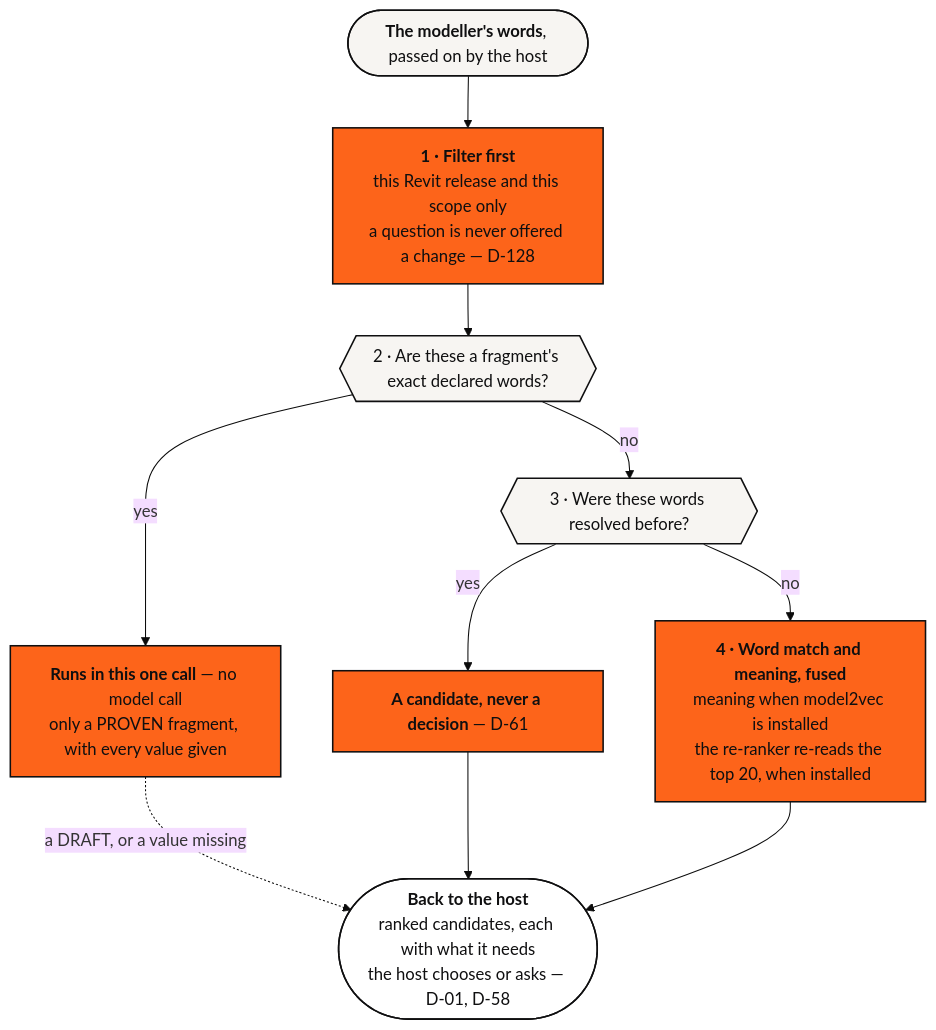
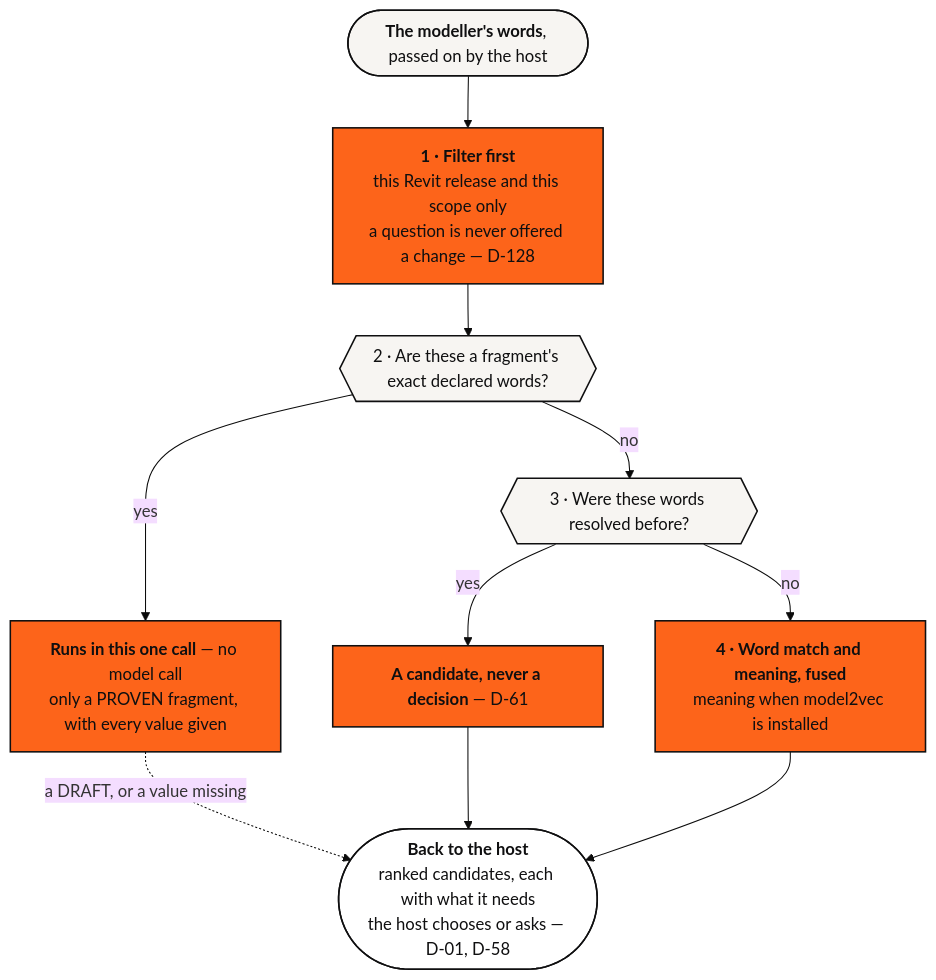
One commit to Ajmalpshaik/Heron-AI changed the second of 2 diagrams in docs/19-context-and-cost.md. Above: the diagram before and after it, drawn with Mermaid (base theme). The commit also changed other lines of this file and 24 other files, not shown here.

First line of the commit message:
D-201: the re-ranker is removed, model2vec stays optional - docs and record

````diff
--- a/docs/19-context-and-cost.md
+++ b/docs/19-context-and-cost.md
@@ -210,30 +210,30 @@
 ```mermaid
 flowchart TD
     W(["<b>The modeller's words</b>, passed on by the host"])
     F["<b>1 · Filter first</b><br/>this Revit release and this scope only<br/>a question is never offered a change — D-128"]
     I{{"2 · Are these a fragment's exact declared words?"}}
     RUN["<b>Runs in this one call</b> — no model call<br/>only a PROVEN fragment, with every value given"]
     C{{"3 · Were these words resolved before?"}}
     CAND["<b>A candidate, never a decision</b> — D-61"]
-    S["<b>4 · Word match and meaning, fused</b><br/>meaning when model2vec is installed<br/>the re-ranker re-reads the top 20, when installed"]
+    S["<b>4 · Word match and meaning, fused</b><br/>meaning when model2vec is installed"]
     H(["<b>Back to the host</b><br/>ranked candidates, each with what it needs<br/>the host chooses or asks — D-01, D-58"])
 
     W --> F --> I
     I -->|"yes"| RUN
     I -->|"no"| C
     RUN -.->|"a DRAFT, or a value missing"| H
     C -->|"yes"| CAND
     C -->|"no"| S
     CAND --> H
     S --> H
 
     classDef user fill:#F7F5F2,stroke:#0F0F10,stroke-width:1.5px,color:#0F0F10
     classDef host fill:#FFFFFF,stroke:#0F0F10,stroke-width:1.5px,color:#0F0F10
     classDef brain fill:#FD641A,stroke:#0F0F10,stroke-width:1.5px,color:#0F0F10
     classDef addin fill:#FD641A,stroke:#0F0F10,stroke-width:1.5px,color:#0F0F10
     class W user
     class F,CAND,S brain
     class I,C user
     class RUN addin
     class H host
 ```
````
